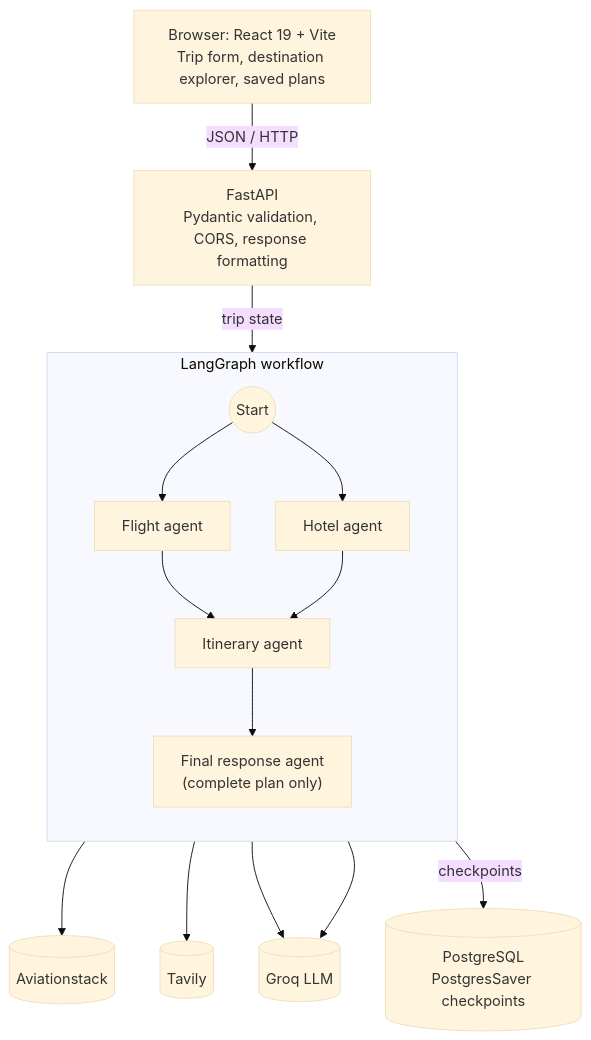
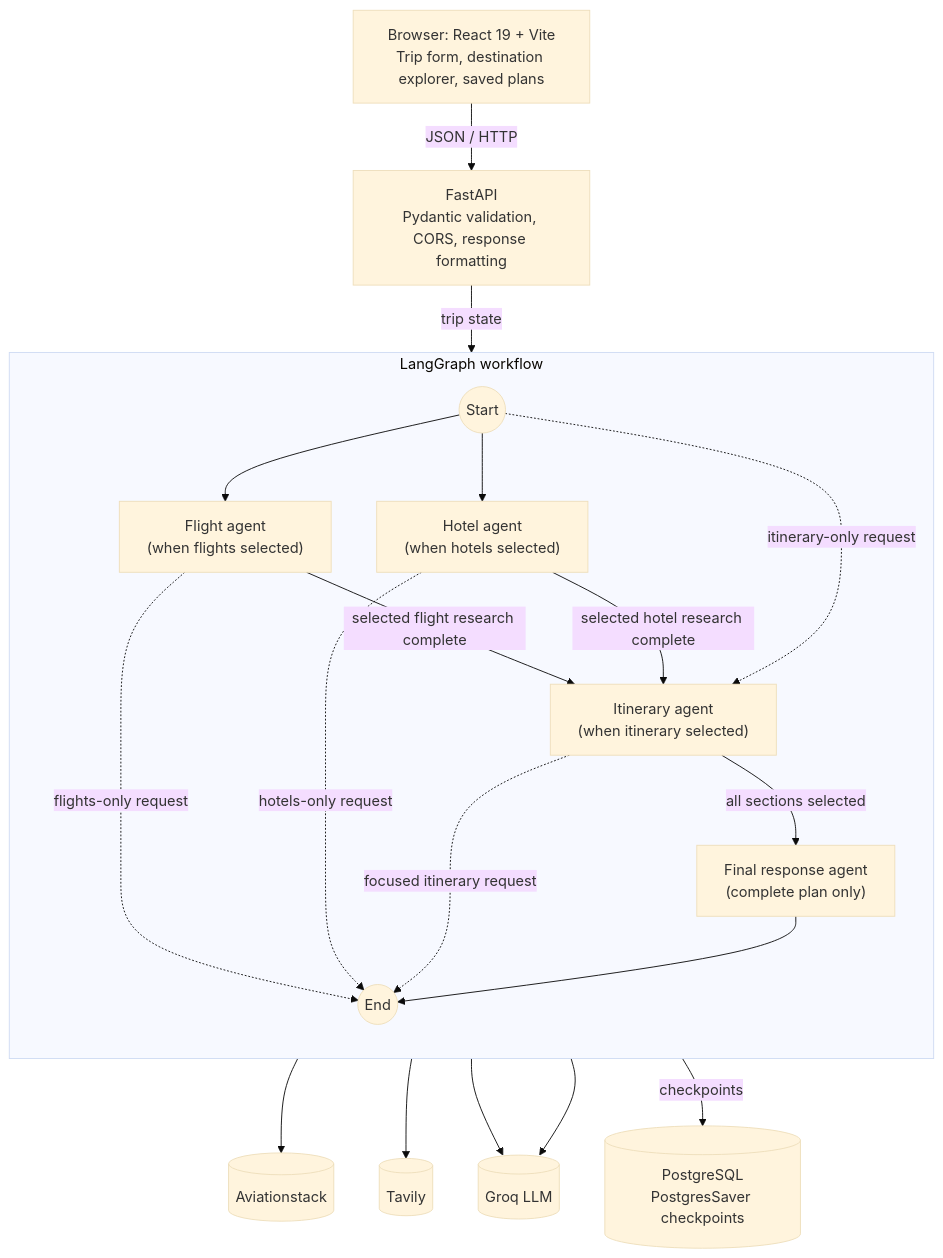
The diagram in README.md (Samiksha3012/Elsewhere-Multi-Agent-AI-Travel-Planner), drawn with Mermaid (base theme) before and after one commit.

Commit message:
Clarify parallel planner graph in README

````diff
--- a/README.md
+++ b/README.md
@@ -97,29 +97,36 @@
 ```mermaid
 flowchart TD
     A["Browser: React 19 + Vite<br/>Trip form, destination explorer, saved plans"]
     B["FastAPI<br/>Pydantic validation, CORS, response formatting"]
     subgraph G["LangGraph workflow"]
         direction TB
         S(("Start"))
-        F["Flight agent"]
-        H["Hotel agent"]
-        I["Itinerary agent"]
+        F["Flight agent<br/>(when flights selected)"]
+        H["Hotel agent<br/>(when hotels selected)"]
+        I["Itinerary agent<br/>(when itinerary selected)"]
         R["Final response agent<br/>(complete plan only)"]
+        E(("End"))
         S --> F
         S --> H
-        F & H --> I
-        I --> R
+        F -->|"selected flight research complete"| I
+        H -->|"selected hotel research complete"| I
+        S -. "itinerary-only request" .-> I
+        F -. "flights-only request" .-> E
+        H -. "hotels-only request" .-> E
+        I -->|"all sections selected"| R
+        I -. "focused itinerary request" .-> E
+        R --> E
     end
     AV[("Aviationstack")]
     TV[("Tavily")]
     GQ[("Groq LLM")]
     PG[("PostgreSQL<br/>PostgresSaver checkpoints")]
 
     A -- "JSON / HTTP" --> B
     B -- "trip state" --> G
     F --> AV
     H --> TV
     I --> GQ
     R --> GQ
     G -- "checkpoints" --> PG
 ```
````
